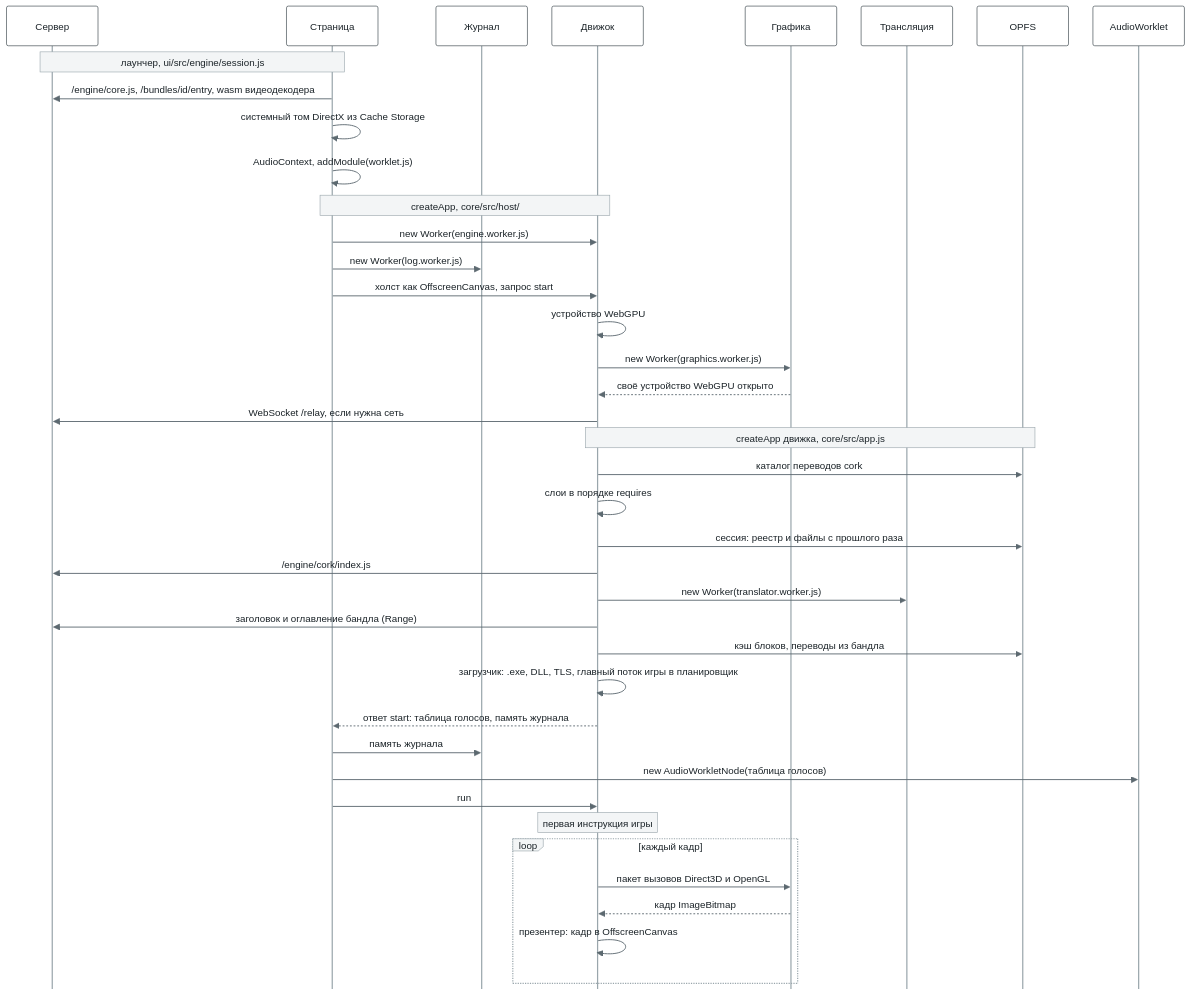
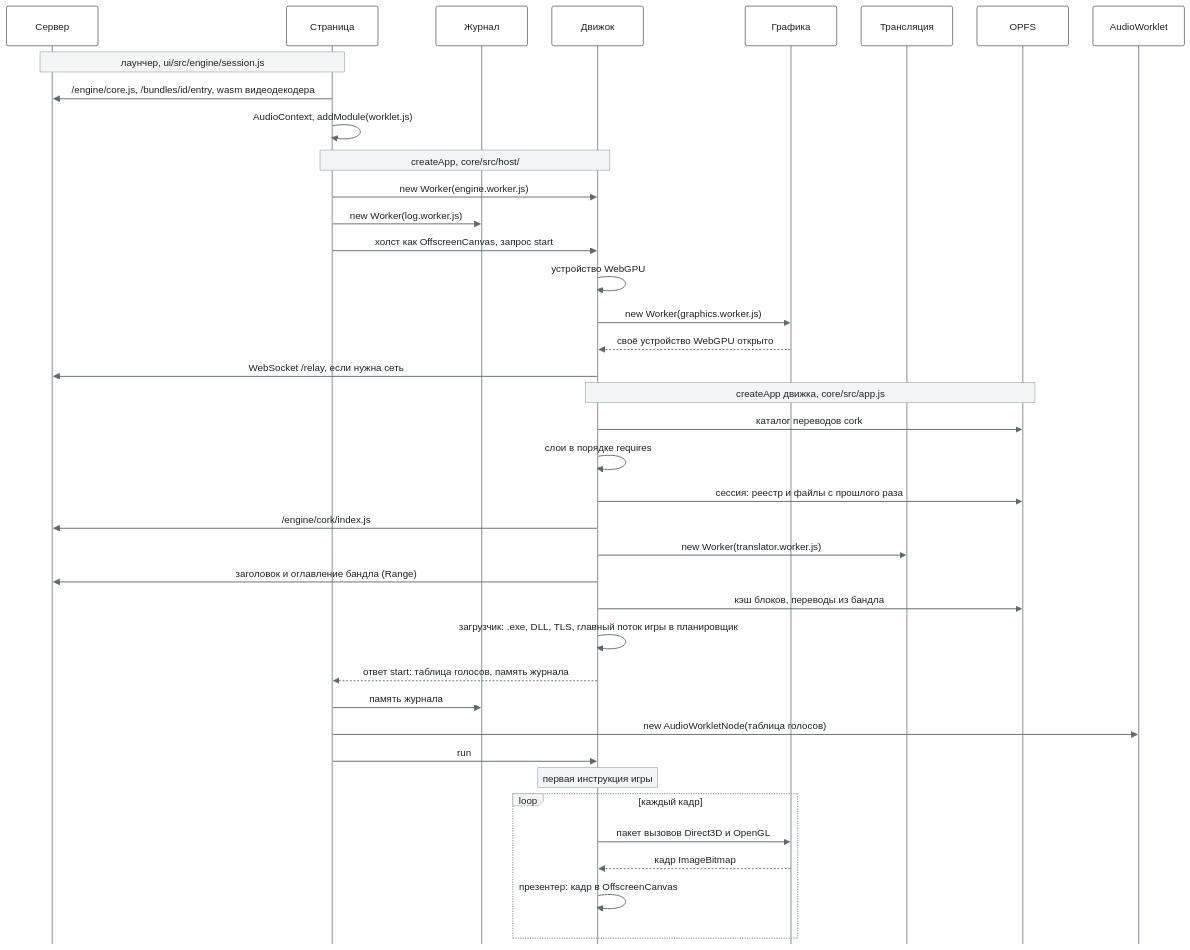
One commit to bottlify/bottlify changed the third of 12 diagrams in docs/architecture.ru.md. Above: the diagram before and after it, drawn with Mermaid. The commit also changed other lines of this file and 19 other files, not shown here.

````diff
--- a/docs/architecture.ru.md
+++ b/docs/architecture.ru.md
@@ -186,43 +186,42 @@
 ```mermaid
 %%{init: {"theme": "base", "sequence": {"mirrorActors": false, "messageMargin": 24, "noteMargin": 8, "actorMargin": 40}, "themeVariables": {"fontFamily": "Inter, Segoe UI, Helvetica, Arial, sans-serif", "fontSize": "13px", "actorBkg": "#FFFFFF", "actorBorder": "#2F3A40", "actorTextColor": "#1B2328", "actorLineColor": "#9AA6AC", "signalColor": "#5C6970", "signalTextColor": "#1B2328", "noteBkgColor": "#F3F5F6", "noteBorderColor": "#9AA6AC", "noteTextColor": "#1B2328", "labelBoxBkgColor": "#F3F5F6", "labelBoxBorderColor": "#9AA6AC", "labelTextColor": "#1B2328", "loopTextColor": "#1B2328"}}}%%
 sequenceDiagram
   participant S as Сервер
   participant P as Страница
   participant K as Журнал
   participant E as Движок
   participant G as Графика
   participant T as Трансляция
   participant O as OPFS
   participant A as AudioWorklet
   Note over S,P: лаунчер, ui/src/engine/session.js
   P->>S: /engine/core.js, /bundles/id/entry, wasm видеодекодера
-  P->>P: системный том DirectX из Cache Storage
   P->>P: AudioContext, addModule(worklet.js)
   Note over P,E: createApp, core/src/host/
   P->>E: new Worker(engine.worker.js)
   P->>K: new Worker(log.worker.js)
   P->>E: холст как OffscreenCanvas, запрос start
   E->>E: устройство WebGPU
   E->>G: new Worker(graphics.worker.js)
   G-->>E: своё устройство WebGPU открыто
   E->>S: WebSocket /relay, если нужна сеть
   Note over E,O: createApp движка, core/src/app.js
   E->>O: каталог переводов cork
   E->>E: слои в порядке requires
   E->>O: сессия: реестр и файлы с прошлого раза
   E->>S: /engine/cork/index.js
   E->>T: new Worker(translator.worker.js)
   E->>S: заголовок и оглавление бандла (Range)
   E->>O: кэш блоков, переводы из бандла
   E->>E: загрузчик: .exe, DLL, TLS, главный поток игры в планировщик
   E-->>P: ответ start: таблица голосов, память журнала
   P->>K: память журнала
   P->>A: new AudioWorkletNode(таблица голосов)
   P->>E: run
   Note over E: первая инструкция игры
   loop каждый кадр
     E->>G: пакет вызовов Direct3D и OpenGL
     G-->>E: кадр ImageBitmap
     E->>E: презентер: кадр в OffscreenCanvas
   end
 ```
````
